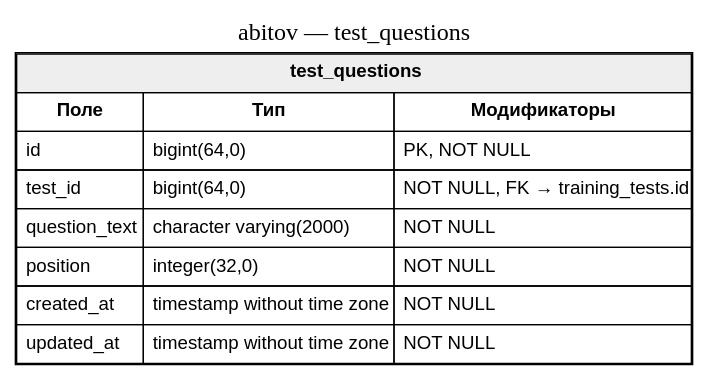
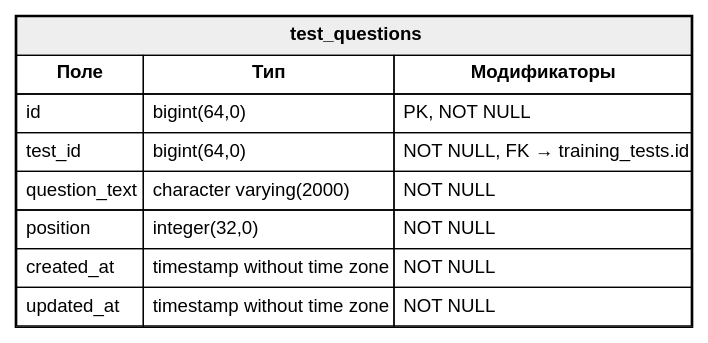
One commit to diplomas-2026/abitov changed the diagram in database-screenshots/dot/tables/test_questions.dot. Above: the diagram before and after it, drawn with Graphviz. The commit also changed 23 other files, not shown here.

Commit message:
Add database schema screenshots

```diff
--- a/database-screenshots/dot/tables/test_questions.dot
+++ b/database-screenshots/dot/tables/test_questions.dot
@@ -1,7 +1,5 @@
 digraph single_table {
   graph [rankdir=TB, fontsize=18];
   node [shape=plain, fontname="Arial"];
-  label="abitov — test_questions";
-  labelloc=t;
   "test_questions" [label=<<TABLE BORDER="1" CELLBORDER="1" CELLSPACING="0" CELLPADDING="6"><TR><TD BGCOLOR="#eeeeee" COLSPAN="3"><B>test_questions</B></TD></TR><TR><TD><B>Поле</B></TD><TD><B>Тип</B></TD><TD><B>Модификаторы</B></TD></TR><TR><TD ALIGN="LEFT">id</TD><TD ALIGN="LEFT">bigint(64,0)</TD><TD ALIGN="LEFT">PK, NOT NULL</TD></TR><TR><TD ALIGN="LEFT">test_id</TD><TD ALIGN="LEFT">bigint(64,0)</TD><TD ALIGN="LEFT">NOT NULL, FK → training_tests.id</TD></TR><TR><TD ALIGN="LEFT">question_text</TD><TD ALIGN="LEFT">character varying(2000)</TD><TD ALIGN="LEFT">NOT NULL</TD></TR><TR><TD ALIGN="LEFT">position</TD><TD ALIGN="LEFT">integer(32,0)</TD><TD ALIGN="LEFT">NOT NULL</TD></TR><TR><TD ALIGN="LEFT">created_at</TD><TD ALIGN="LEFT">timestamp without time zone</TD><TD ALIGN="LEFT">NOT NULL</TD></TR><TR><TD ALIGN="LEFT">updated_at</TD><TD ALIGN="LEFT">timestamp without time zone</TD><TD ALIGN="LEFT">NOT NULL</TD></TR></TABLE>>];
 }
```
